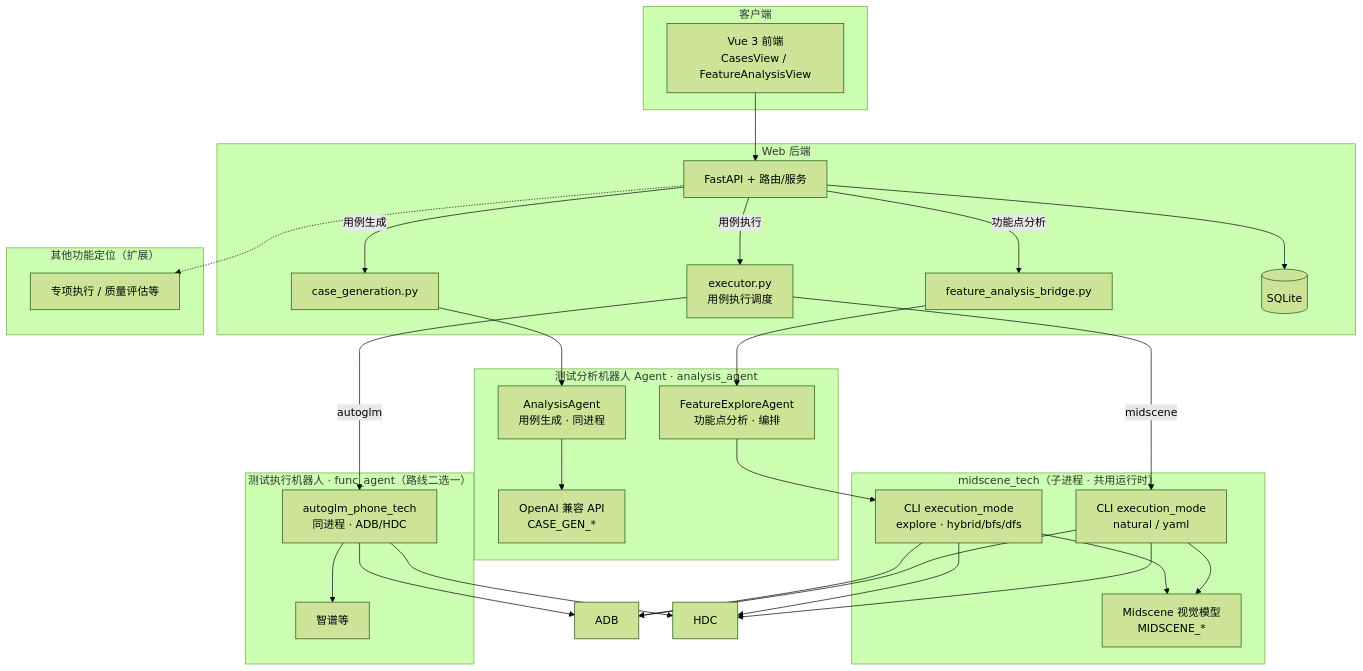
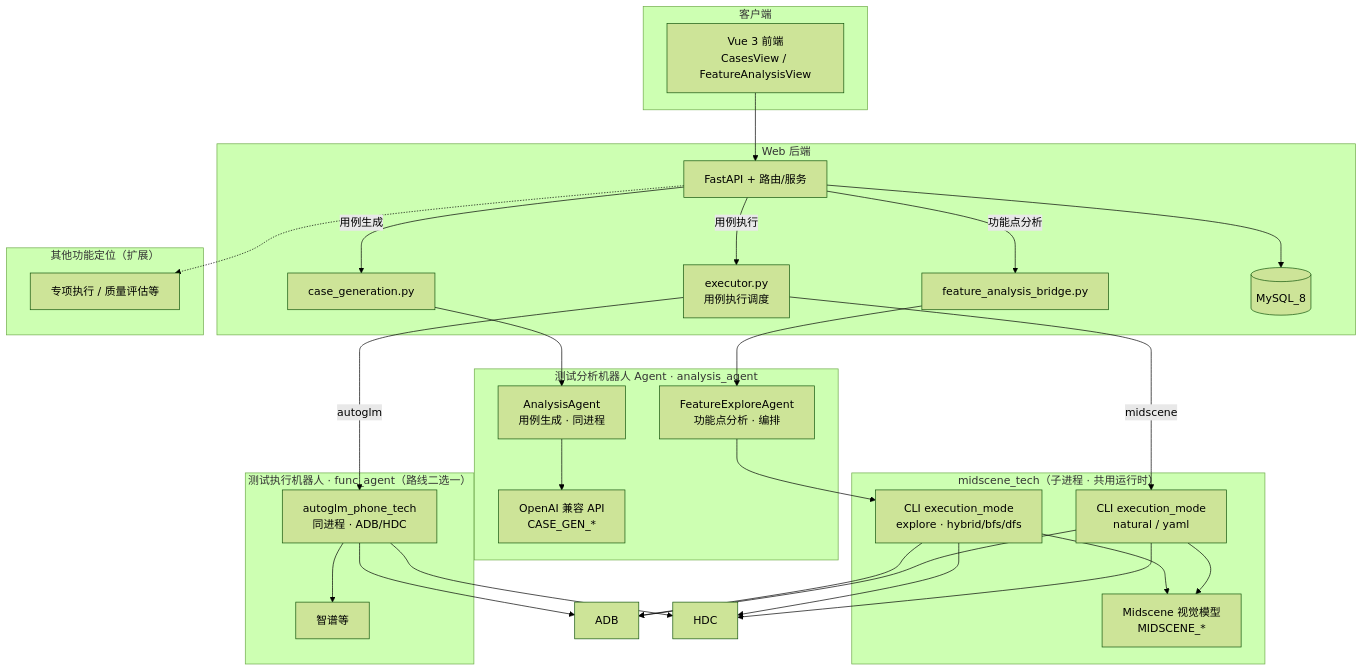
Before and after one commit to dyingmanliu/test_robot: the third of 4 diagrams in ARCHITECTURE.md, drawn with Mermaid (forest theme). The commit also changed other lines of this file and 9 other files, not shown here.

````diff
--- a/ARCHITECTURE.md
+++ b/ARCHITECTURE.md
@@ -283,52 +284,52 @@
 ```mermaid
 flowchart TB
   subgraph client["客户端"]
     Vue["Vue 3 前端\nCasesView / FeatureAnalysisView"]
   end
 
   subgraph server["Web 后端"]
     FastAPI["FastAPI + 路由/服务"]
     Gen["case_generation.py"]
     FAB["feature_analysis_bridge.py"]
     Exec["executor.py\n用例执行调度"]
-    DB[("SQLite")]
+    DB[("MySQL_8")]
   end
 
   subgraph analysis["测试分析机器人 Agent · analysis_agent"]
     AA["AnalysisAgent\n用例生成 · 同进程"]
     FE["FeatureExploreAgent\n功能点分析 · 编排"]
     LLMGen["OpenAI 兼容 API\nCASE_GEN_*"]
   end
 
   subgraph midscene["midscene_tech（子进程 · 共用运行时）"]
     MSRun["CLI execution_mode\nnatural / yaml"]
     MSExplore["CLI execution_mode\nexplore · hybrid/bfs/dfs"]
     LLMVis["Midscene 视觉模型\nMIDSCENE_*"]
   end
 
   subgraph execution["测试执行机器人 · func_agent（路线二选一）"]
     PTA["autoglm_phone_tech\n同进程 · ADB/HDC"]
     LLM1["智谱等"]
   end
 
   subgraph future["其他功能定位（扩展）"]
     FX["专项执行 / 质量评估等"]
   end
 
   Vue --> FastAPI
   FastAPI --> DB
   FastAPI -->|"用例生成"| Gen --> AA --> LLMGen
   FastAPI -->|"功能点分析"| FAB --> FE --> MSExplore
   FastAPI -->|"用例执行"| Exec
   Exec -->|"autoglm"| PTA --> LLM1
   Exec -->|"midscene"| MSRun
   MSExplore --> LLMVis
   MSRun --> LLMVis
   PTA --> ADB["ADB"]
   PTA --> HDC["HDC"]
   MSExplore --> ADB
   MSExplore --> HDC
   MSRun --> ADB
   MSRun --> HDC
   FastAPI -.-> FX
 ```
````
